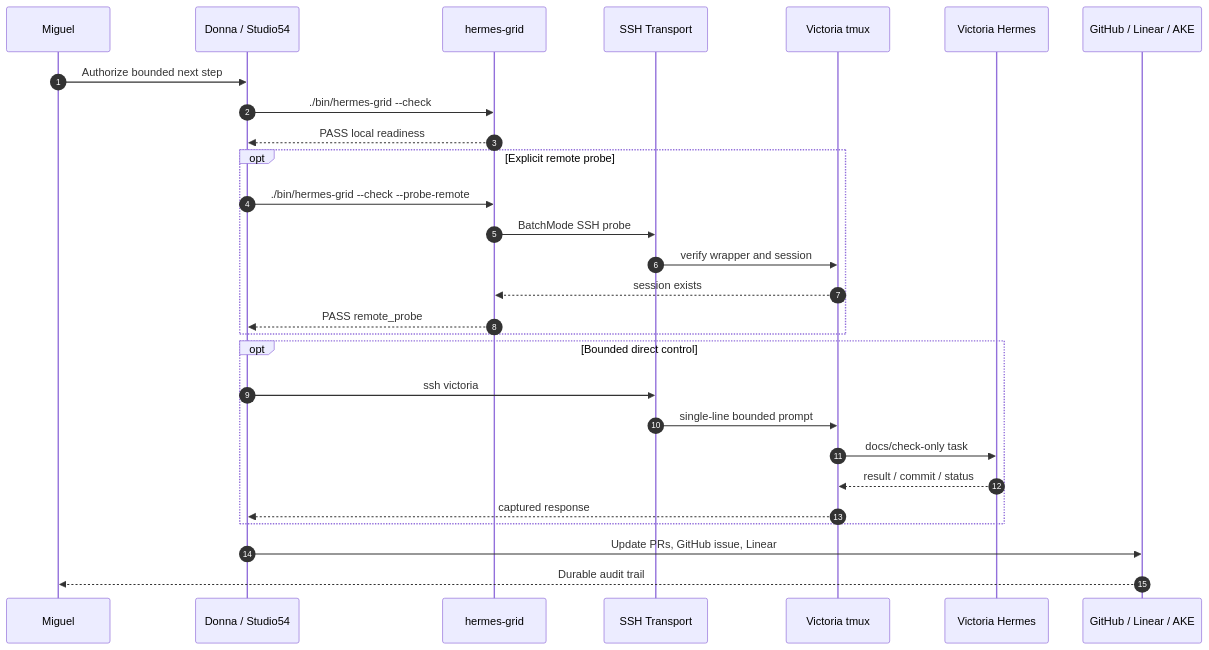
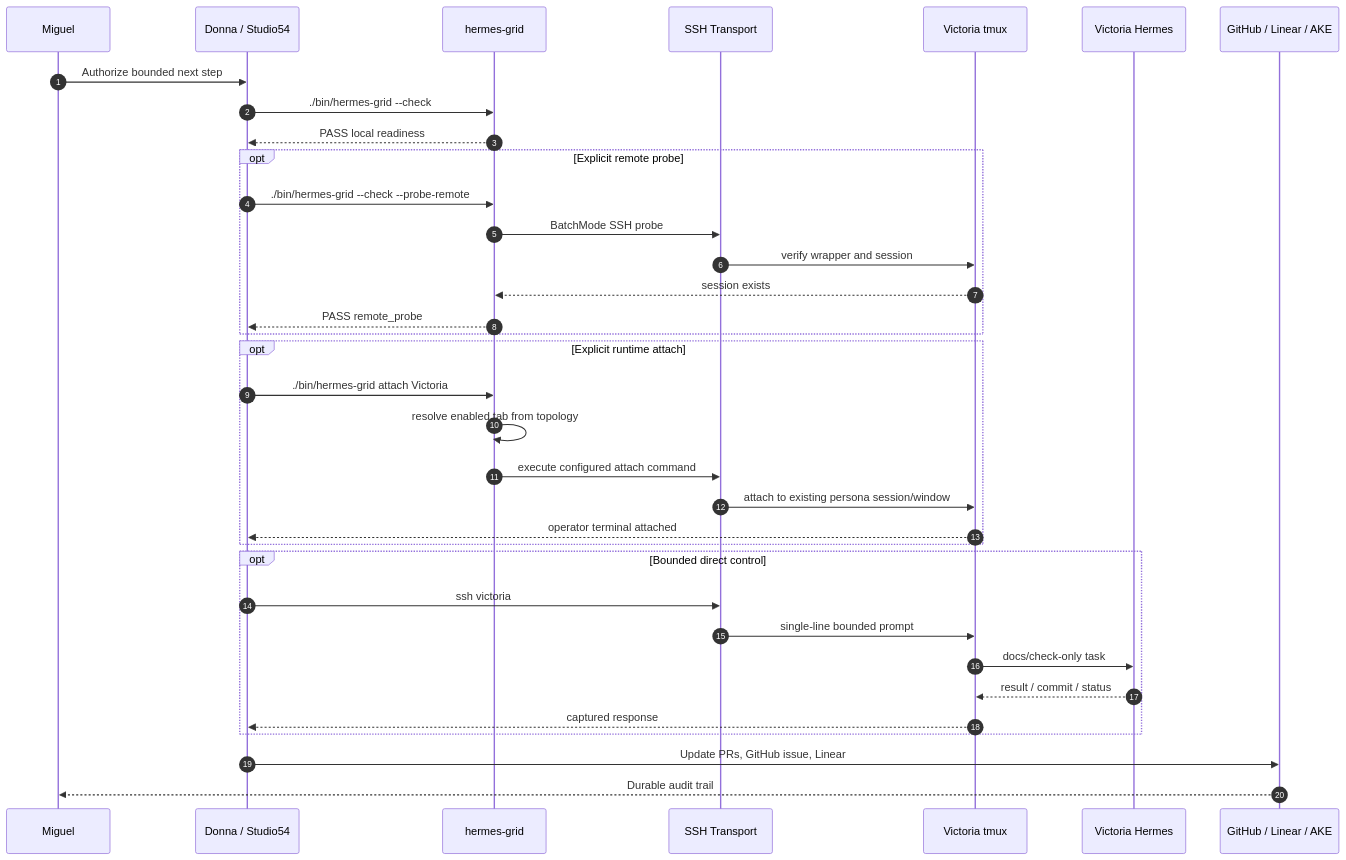
The fourth of 5 diagrams in docs/architecture/remote-persona-grid.md (mdc159/studio54), drawn with Mermaid before and after one commit. The commit also changed other lines of this file and 2 other files, not shown here.

Commit message:
feat: add hermes-grid runtime attach mode (#7)

````diff
--- a/docs/architecture/remote-persona-grid.md
+++ b/docs/architecture/remote-persona-grid.md
@@ -329,34 +356,42 @@
 ```mermaid
 sequenceDiagram
     autonumber
     participant Miguel as Miguel
     participant Donna as Donna / Studio54
     participant Grid as hermes-grid
     participant SSH as SSH Transport
     participant Tmux as Victoria tmux
     participant Victoria as Victoria Hermes
     participant Ledger as GitHub / Linear / AKE
 
     Miguel->>Donna: Authorize bounded next step
     Donna->>Grid: ./bin/hermes-grid --check
     Grid-->>Donna: PASS local readiness
 
     opt Explicit remote probe
         Donna->>Grid: ./bin/hermes-grid --check --probe-remote
         Grid->>SSH: BatchMode SSH probe
         SSH->>Tmux: verify wrapper and session
         Tmux-->>Grid: session exists
         Grid-->>Donna: PASS remote_probe
     end
 
+    opt Explicit runtime attach
+        Donna->>Grid: ./bin/hermes-grid attach Victoria
+        Grid->>Grid: resolve enabled tab from topology
+        Grid->>SSH: execute configured attach command
+        SSH->>Tmux: attach to existing persona session/window
+        Tmux-->>Donna: operator terminal attached
+    end
+
     opt Bounded direct control
         Donna->>SSH: ssh victoria
         SSH->>Tmux: single-line bounded prompt
         Tmux->>Victoria: docs/check-only task
         Victoria-->>Tmux: result / commit / status
         Tmux-->>Donna: captured response
     end
 
     Donna->>Ledger: Update PRs, GitHub issue, Linear
     Ledger-->>Miguel: Durable audit trail
 ```
````
